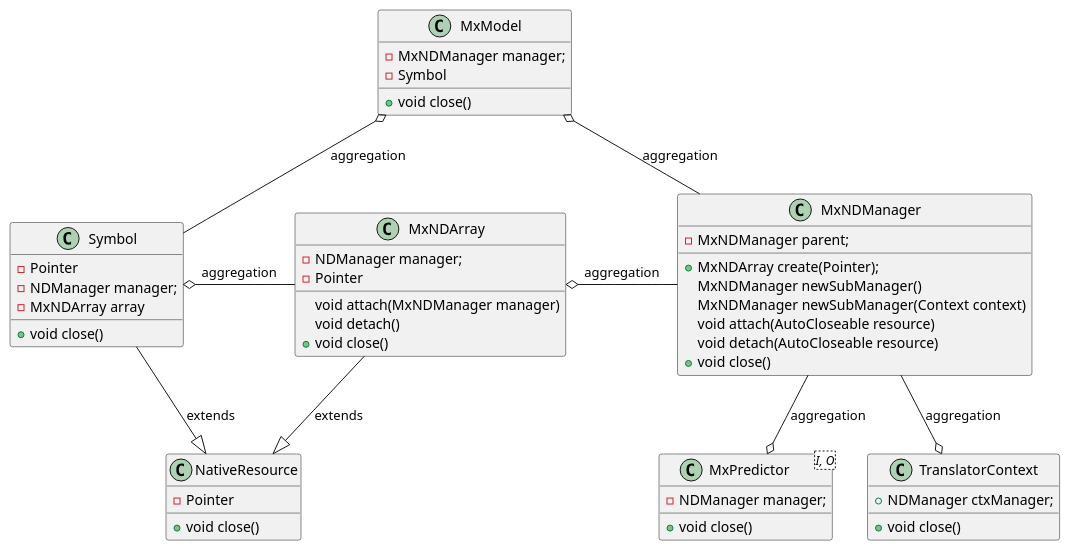
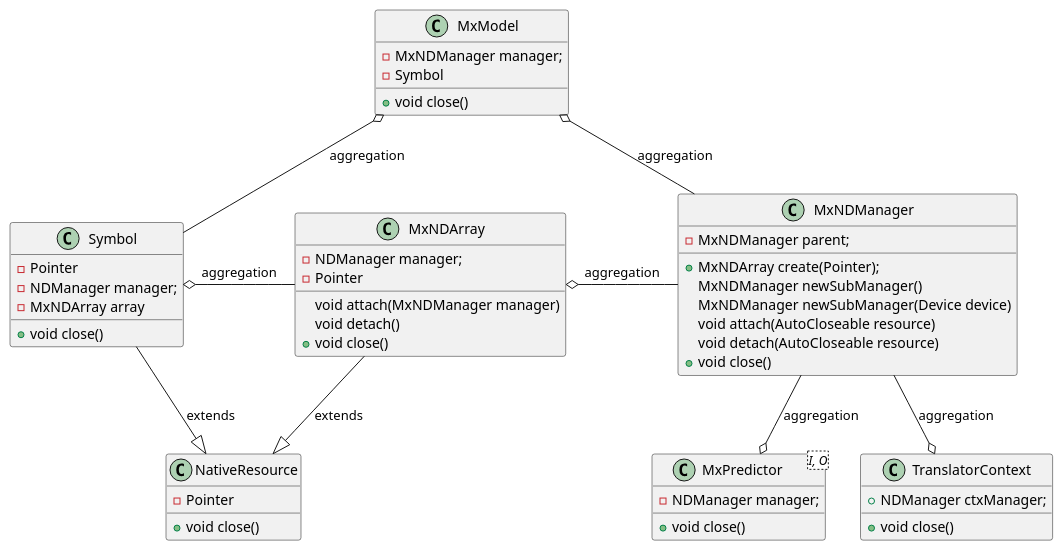
The diagram in mxnet/engine/src/main/uml/mxnet.puml (deepjavalibrary/djl), drawn with PlantUML before and after one commit. The commit also changed 63 other files, not shown here.

Commit message:
Rename Context to Device

```diff
--- a/mxnet/engine/src/main/uml/mxnet.puml
+++ b/mxnet/engine/src/main/uml/mxnet.puml
@@ -1,62 +1,62 @@
 @startuml
 class MxModel {
     -MxNDManager manager;
     -Symbol
     +void close()
 }
 
 class MxPredictor<I, O> {
     -NDManager manager;
     +void close()
 }
 
 class TranslatorContext {
     +NDManager ctxManager;
     +void close()
 }
 
 class MxNDManager {
     -MxNDManager parent;
     +MxNDArray create(Pointer);
     MxNDManager newSubManager()
-    MxNDManager newSubManager(Context context)
+    MxNDManager newSubManager(Device device)
     void attach(AutoCloseable resource)
     void detach(AutoCloseable resource)
     +void close()
 }
 
 class MxNDArray {
     -NDManager manager;
     -Pointer
     void attach(MxNDManager manager)
     void detach()
     +void close()
 }
 
 class NativeResource {
     -Pointer
     +void close()
 }
 
 class Symbol {
     -Pointer
     -NDManager manager;
     -MxNDArray array
     +void close()
 }
 
 MxModel o-- Symbol : aggregation
 MxModel o-- MxNDManager : aggregation
 Symbol o-right- MxNDArray : aggregation
 
 MxNDArray --|> NativeResource : extends
 Symbol --|> NativeResource : extends
 
 
 MxNDArray o-right- MxNDManager : aggregation
 MxPredictor o-up- MxNDManager : aggregation
 TranslatorContext o-up- MxNDManager : aggregation
 
 
 
 @enduml
```
